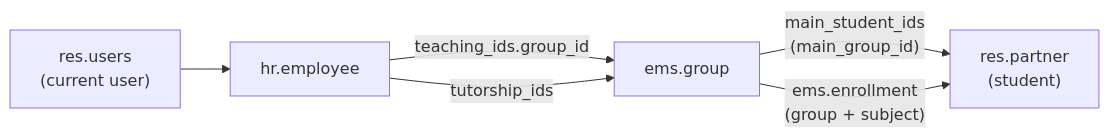
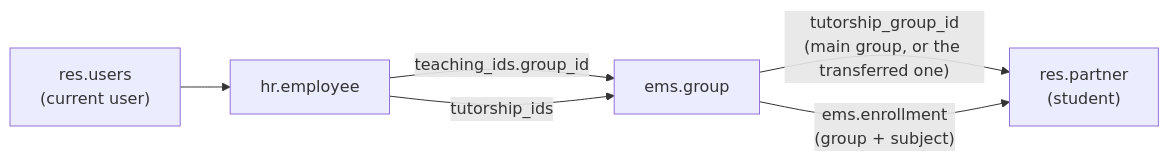
The fourth of 9 diagrams in docs/en/developers/contacts/contact.md (ElPuig/EMS), drawn with Mermaid before and after one commit. The commit also changed other lines of this file and 186 other files, not shown here.

````diff
--- a/docs/en/developers/contacts/contact.md
+++ b/docs/en/developers/contacts/contact.md
@@ -126,8 +175,8 @@
 ```mermaid
 flowchart LR
     U["res.users<br/>(current user)"] --> E["hr.employee"]
     E -->|"teaching_ids.group_id"| G["ems.group"]
     E -->|"tutorship_ids"| G
-    G -->|"main_student_ids<br/>(main_group_id)"| S["res.partner<br/>(student)"]
+    G -->|"tutorship_group_id<br/>(main group, or the transferred one)"| S["res.partner<br/>(student)"]
     G -->|"ems.enrollment<br/>(group + subject)"| S
 ```
````
